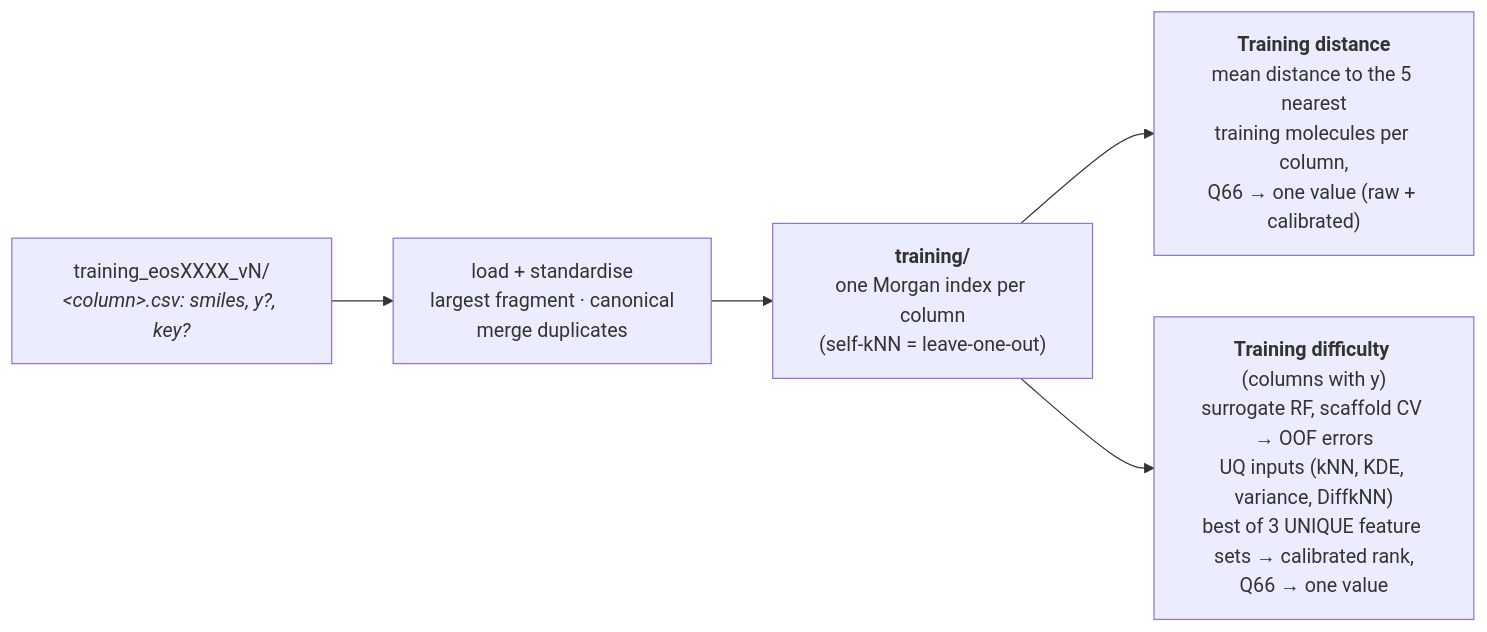
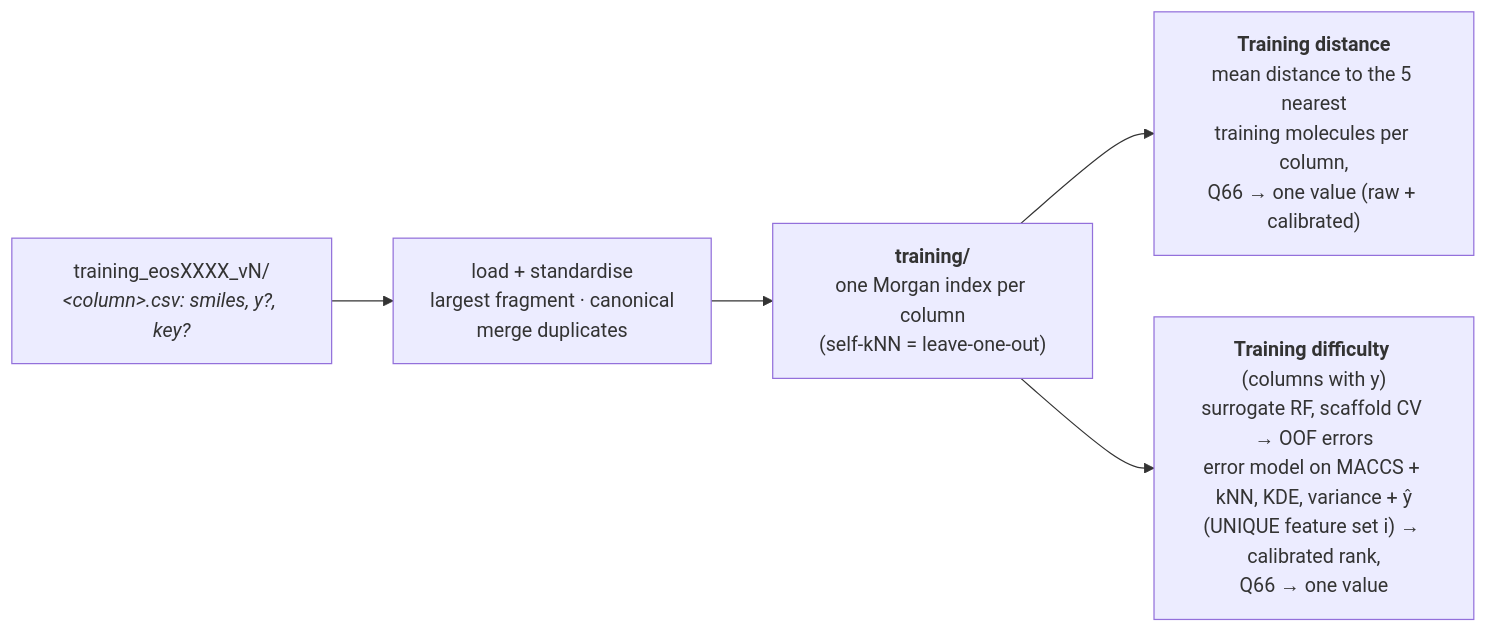
The second of 3 diagrams in docs/diagram.md (ersilia-os/eosquality), drawn with Mermaid before and after one commit. The commit also changed 9 other files, not shown here.

````diff
--- a/docs/diagram.md
+++ b/docs/diagram.md
@@ -27,7 +27,7 @@
 ```mermaid
 flowchart LR
     TR["training_eosXXXX_vN/<br/><i>&lt;column&gt;.csv: smiles, y?, key?</i>"] --> LD["load + standardise<br/>largest fragment · canonical<br/>merge duplicates"]
     LD --> IDX["<b>training/</b><br/>one Morgan index per column<br/>(self-kNN = leave-one-out)"]
     IDX --> TD["<b>Training distance</b><br/>mean distance to the 5 nearest<br/>training molecules per column,<br/>Q66 → one value (raw + calibrated)"]
-    IDX --> TDF["<b>Training difficulty</b> (columns with y)<br/>surrogate RF, scaffold CV → OOF errors<br/>UQ inputs (kNN, KDE, variance, DiffkNN)<br/>best of 3 UNIQUE feature sets → calibrated rank,<br/>Q66 → one value"]
+    IDX --> TDF["<b>Training difficulty</b> (columns with y)<br/>surrogate RF, scaffold CV → OOF errors<br/>error model on MACCS + kNN, KDE, variance + ŷ<br/>(UNIQUE feature set i) → calibrated rank,<br/>Q66 → one value"]
 ```
````
